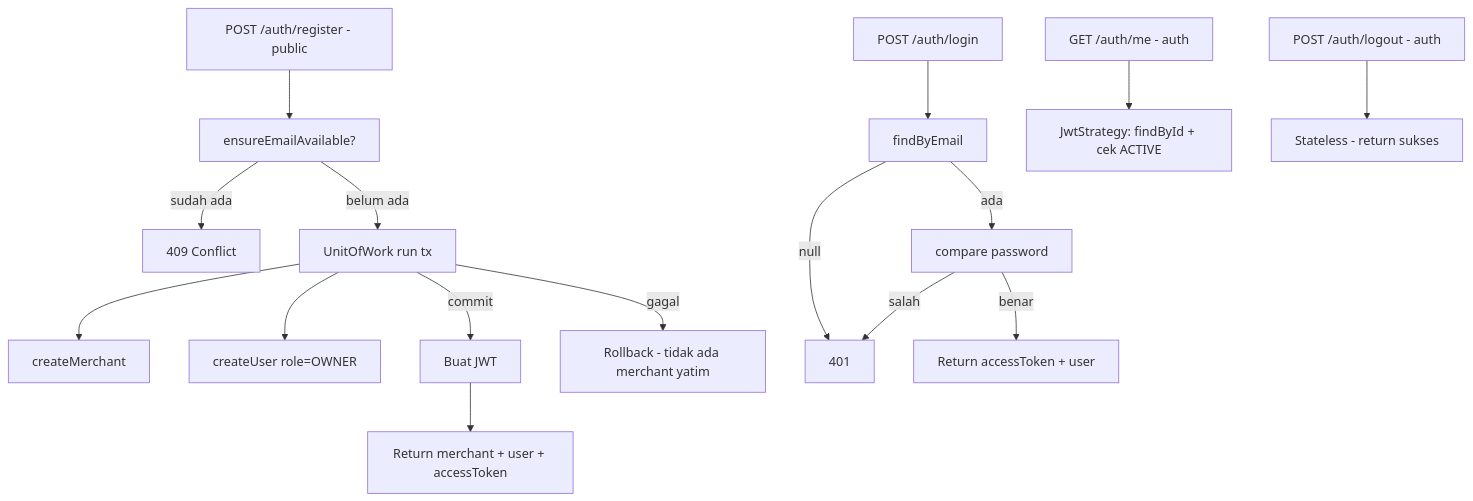
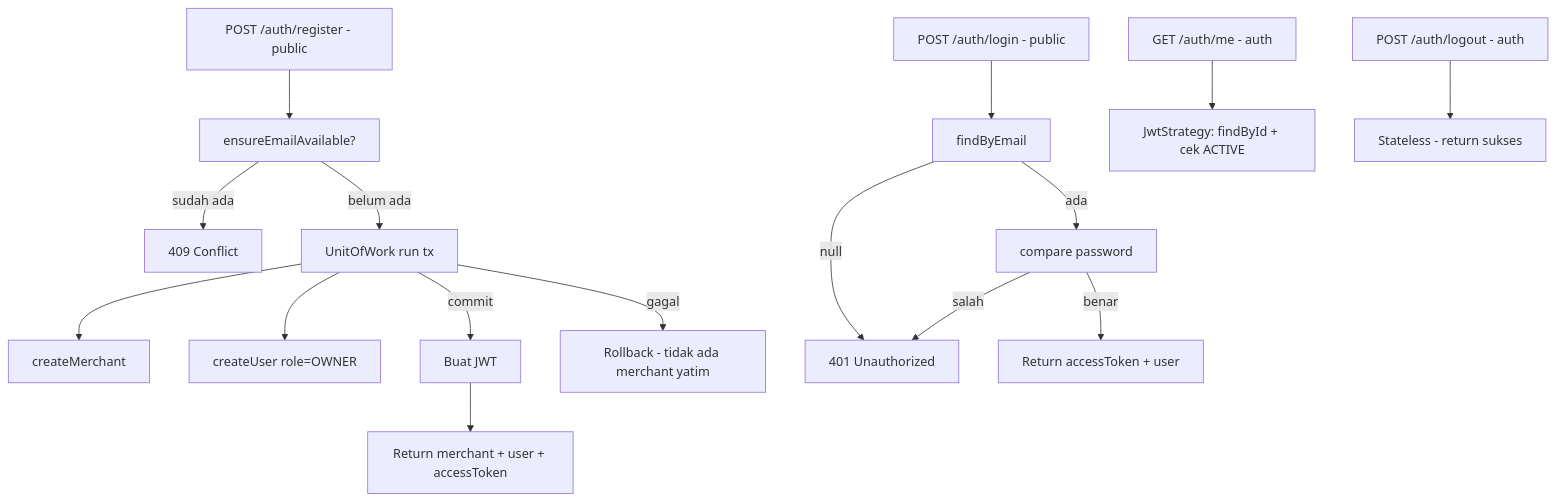
Before and after one commit to TeamOneee/pos-project-be: the ninth of 21 diagrams in docs/system-flow.md, drawn with Mermaid. The commit also changed other lines of this file and 9 other files, not shown here.

````diff
--- a/docs/system-flow.md
+++ b/docs/system-flow.md
@@ -218,20 +255,20 @@
 ```mermaid
 flowchart TD
     REG[POST /auth/register - public] --> EMAIL[ensureEmailAvailable?]
     EMAIL -->|sudah ada| C409[409 Conflict]
     EMAIL -->|belum ada| UOW[UnitOfWork run tx]
     UOW --> M[createMerchant]
     UOW --> U[createUser role=OWNER]
     UOW -->|commit| JWT[Buat JWT]
     UOW -->|gagal| RB[Rollback - tidak ada merchant yatim]
     JWT --> RES[Return merchant + user + accessToken]
 
-    LOGIN[POST /auth/login] --> FE[findByEmail]
-    FE -->|null| 401[401]
+    LOGIN[POST /auth/login - public] --> FE[findByEmail]
+    FE -->|null| U401[401 Unauthorized]
     FE -->|ada| COMP[compare password]
-    COMP -->|salah| 401
+    COMP -->|salah| U401
     COMP -->|benar| TOKEN[Return accessToken + user]
 
     ME[GET /auth/me - auth] --> JWTG[JwtStrategy: findById + cek ACTIVE]
     OUT[POST /auth/logout - auth] --> OK[Stateless - return sukses]
 ```
````
